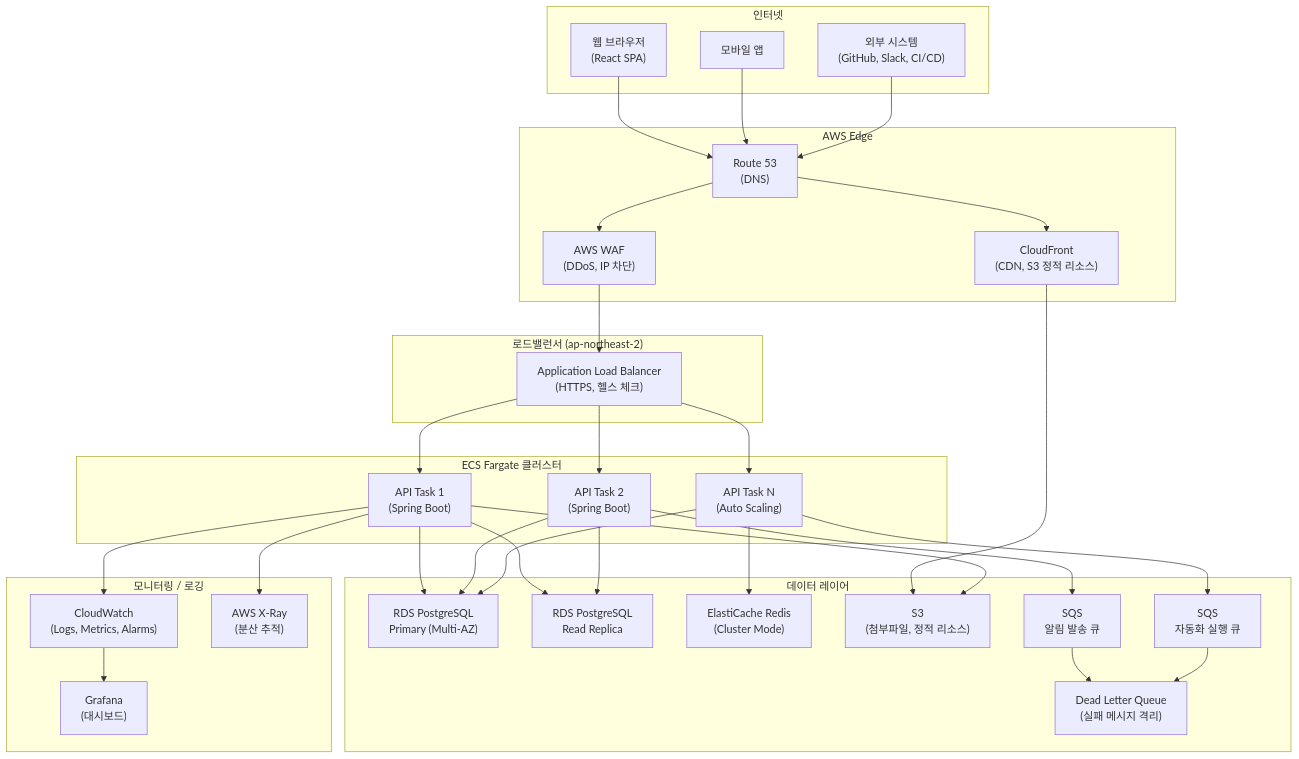
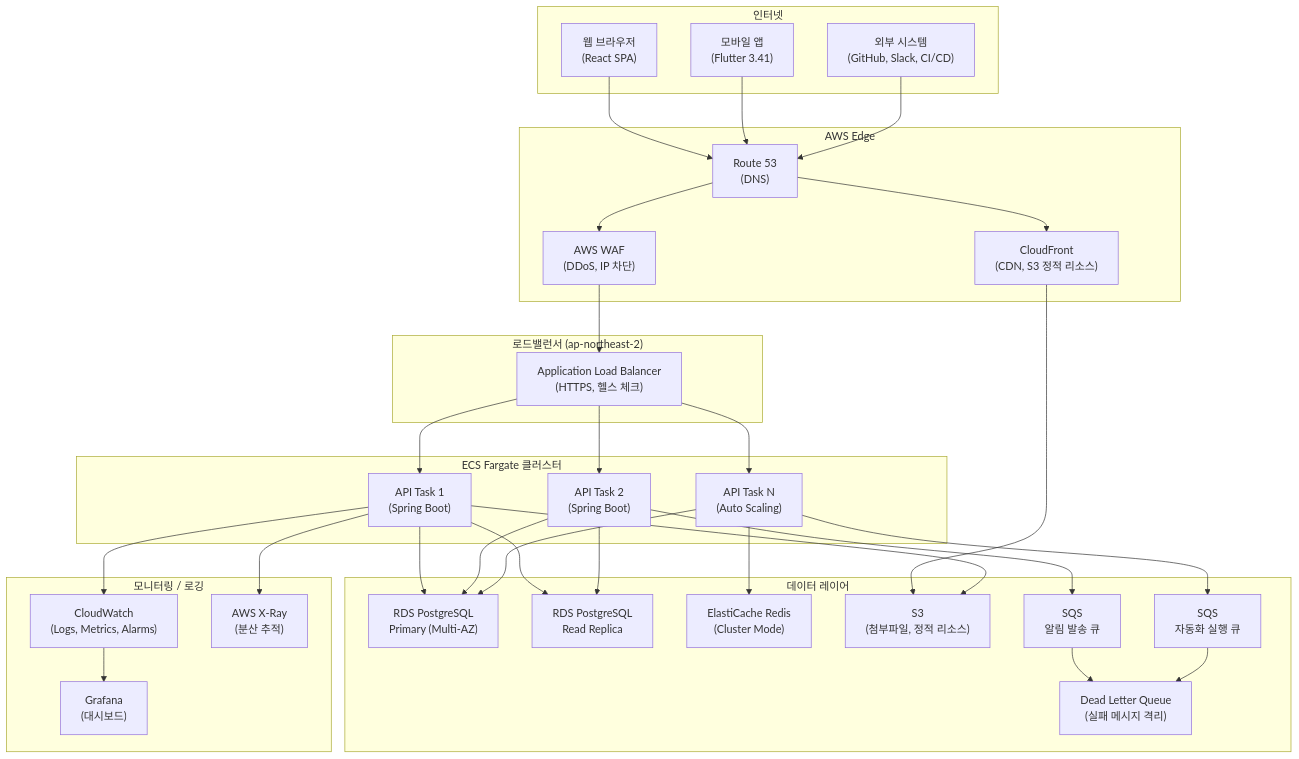
Before and after one commit to JiraOrgan/documents: the second of 9 diagrams in 03-아키텍처정의서/03-아키텍처정의서_v3.0.md, drawn with Mermaid. The commit also changed other lines of this file and 9 other files, not shown here.

First line of the commit message:
feat: 기술 스택 최신화 + Flutter 모바일 + Python 추가

````diff
--- a/03-아키텍처정의서/03-아키텍처정의서_v3.0.md
+++ b/03-아키텍처정의서/03-아키텍처정의서_v3.0.md
@@ -70,65 +70,65 @@
 ```mermaid
 flowchart TB
     subgraph Internet["인터넷"]
         Browser["웹 브라우저\n(React SPA)"]
-        Mobile["모바일 앱"]
+        Mobile["모바일 앱\n(Flutter 3.41)"]
         ExtSystem["외부 시스템\n(GitHub, Slack, CI/CD)"]
     end
 
     subgraph AWS_Edge["AWS Edge"]
         Route53["Route 53\n(DNS)"]
         CloudFront["CloudFront\n(CDN, S3 정적 리소스)"]
         WAF["AWS WAF\n(DDoS, IP 차단)"]
     end
 
     subgraph AWS_LB["로드밸런서 (ap-northeast-2)"]
         ALB["Application Load Balancer\n(HTTPS, 헬스 체크)"]
     end
 
     subgraph AWS_ECS["ECS Fargate 클러스터"]
         API1["API Task 1\n(Spring Boot)"]
         API2["API Task 2\n(Spring Boot)"]
         API3["API Task N\n(Auto Scaling)"]
     end
 
     subgraph AWS_Data["데이터 레이어"]
         RDS_Primary["RDS PostgreSQL\nPrimary (Multi-AZ)"]
         RDS_Replica["RDS PostgreSQL\nRead Replica"]
         ElastiCache["ElastiCache Redis\n(Cluster Mode)"]
         S3["S3\n(첨부파일, 정적 리소스)"]
         SQS_Notify["SQS\n알림 발송 큐"]
         SQS_Auto["SQS\n자동화 실행 큐"]
         DLQ["Dead Letter Queue\n(실패 메시지 격리)"]
     end
 
     subgraph AWS_Monitor["모니터링 / 로깅"]
         CloudWatch["CloudWatch\n(Logs, Metrics, Alarms)"]
         Grafana["Grafana\n(대시보드)"]
         XRay["AWS X-Ray\n(분산 추적)"]
     end
 
     Browser --> Route53
     Mobile --> Route53
     ExtSystem --> Route53
     Route53 --> CloudFront
     Route53 --> WAF
     WAF --> ALB
     CloudFront --> S3
     ALB --> API1
     ALB --> API2
     ALB --> API3
     API1 --> RDS_Primary
     API2 --> RDS_Primary
     API3 --> RDS_Primary
     API1 --> RDS_Replica
     API2 --> RDS_Replica
     API3 --> ElastiCache
     API1 --> S3
     API2 --> SQS_Notify
     API3 --> SQS_Auto
     SQS_Notify --> DLQ
     SQS_Auto --> DLQ
     API1 --> CloudWatch
     CloudWatch --> Grafana
     API1 --> XRay
 ```
````
